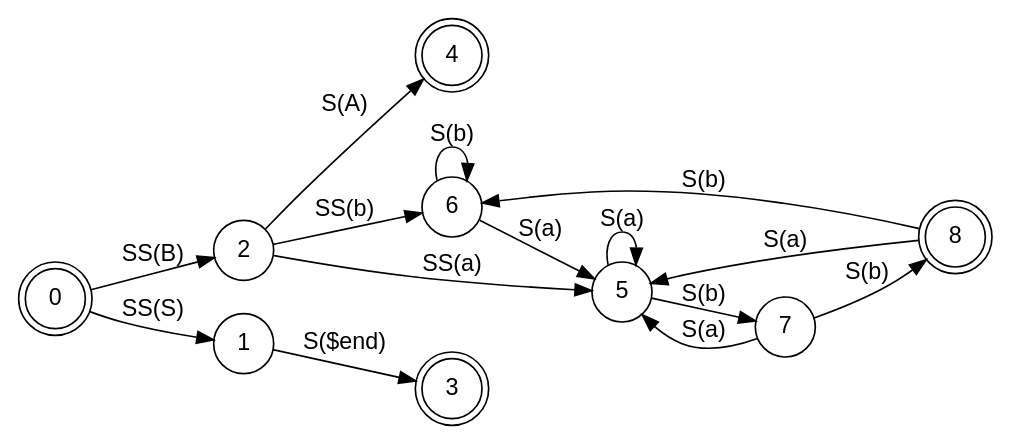
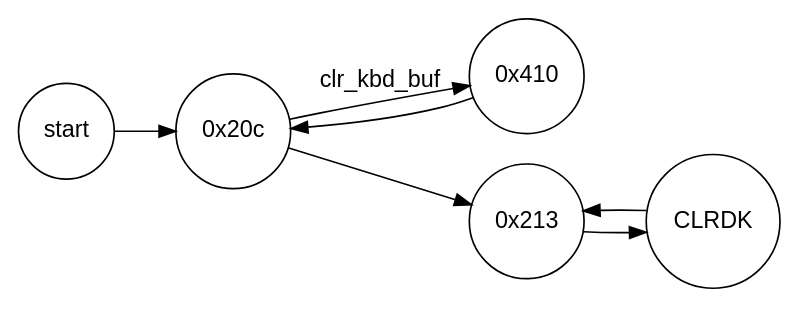
One commit to mortenjc/Q1 changed the diagram in docs/source/dot/boot.dot. Above: the diagram before and after it, drawn with Graphviz. The commit also changed 5 other files, not shown here.

```diff
--- a/docs/source/dot/boot.dot
+++ b/docs/source/dot/boot.dot
@@ -1,25 +1,16 @@
 
 
 
 digraph boot {
 	fontname="Helvetica,Arial,sans-serif"
 	node [fontname="Helvetica,Arial,sans-serif"]
 	edge [fontname="Helvetica,Arial,sans-serif"]
 	rankdir=LR;
-	node [shape = doublecircle]; 0 3 4 8;
 	node [shape = circle];
-	0 -> 2 [label = "SS(B)"];
-	0 -> 1 [label = "SS(S)"];
-	1 -> 3 [label = "S($end)"];
-	2 -> 6 [label = "SS(b)"];
-	2 -> 5 [label = "SS(a)"];
-	2 -> 4 [label = "S(A)"];
-	5 -> 7 [label = "S(b)"];
-	5 -> 5 [label = "S(a)"];
-	6 -> 6 [label = "S(b)"];
-	6 -> 5 [label = "S(a)"];
-	7 -> 8 [label = "S(b)"];
-	7 -> 5 [label = "S(a)"];
-	8 -> 6 [label = "S(b)"];
-	8 -> 5 [label = "S(a)"];
+	start -> "0x20c";
+	"0x20c" -> "0x410" [label = "clr_kbd_buf"];
+	"0x410" -> "0x20c";
+	"0x20c" -> "0x213";
+	"0x213" -> "CLRDK";
+	"CLRDK" -> "0x213";
 }
```
